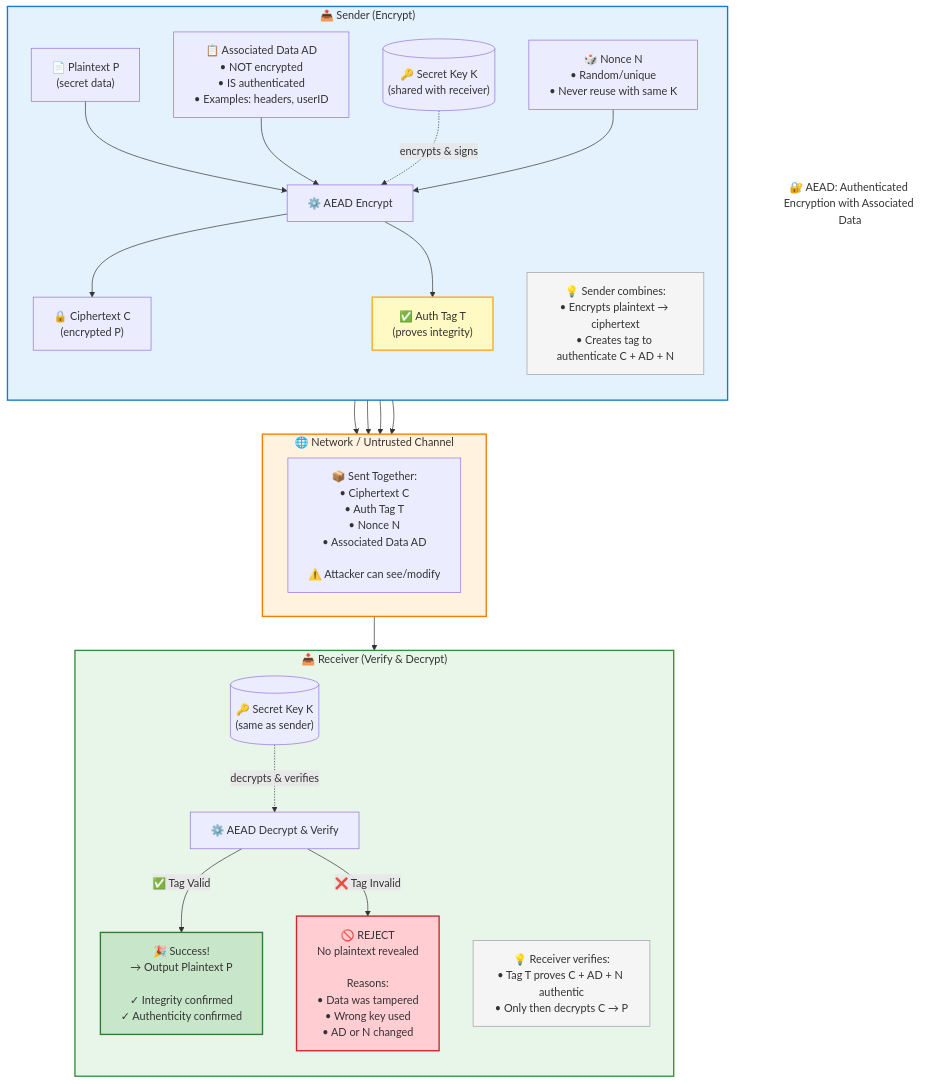
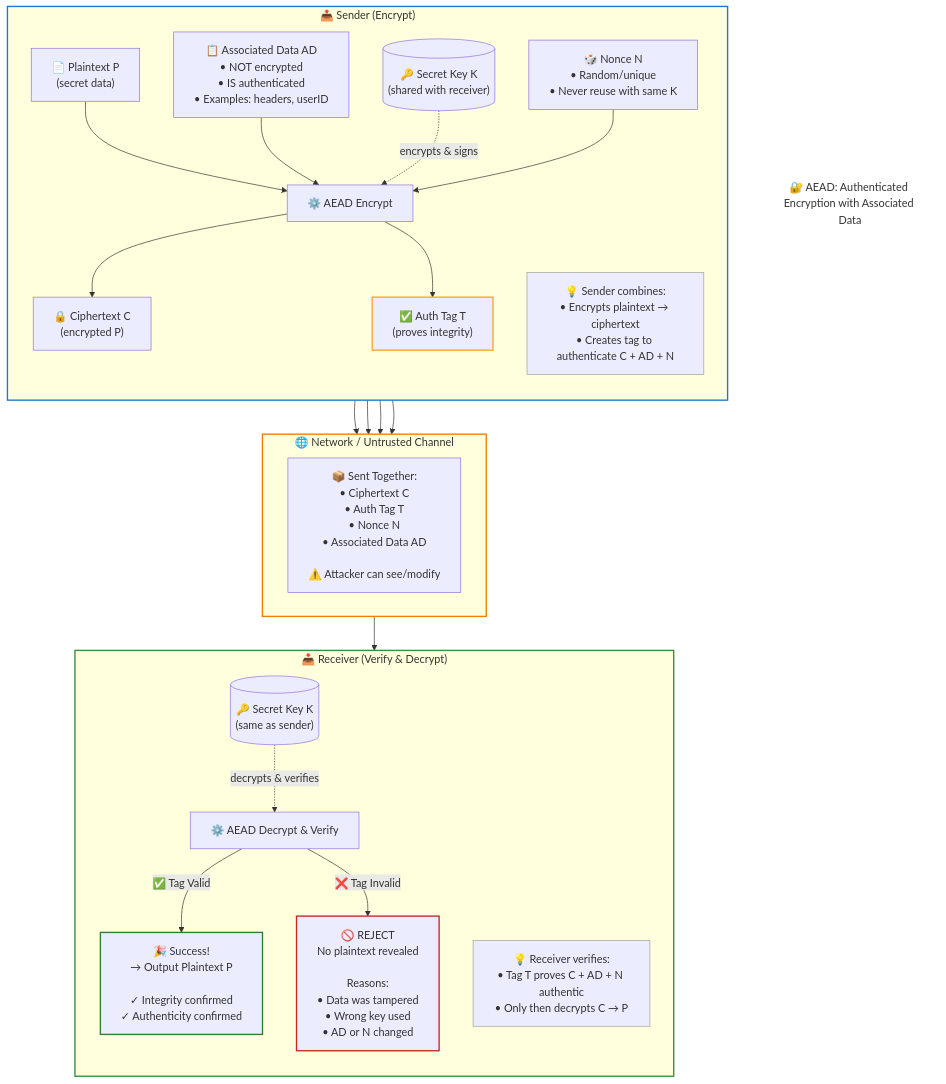
One commit to irahulsawhney/crypto-concepts changed the diagram in diagrams/03-aead.mmd. Above: the diagram before and after it, drawn with Mermaid.

Commit message:
Remove fill colors from AEAD diagram styling

```diff
--- a/diagrams/03-aead.mmd
+++ b/diagrams/03-aead.mmd
@@ -1,81 +1,81 @@
 %% AEAD (Authenticated Encryption with Associated Data) — Mermaid Cheat Sheet
 %% Save as .mmd and preview with any Mermaid renderer.
 
 %% ------------ FLOW OVERVIEW ------------
 flowchart TB
   Title["🔐 AEAD: Authenticated Encryption with Associated Data"]
   
   subgraph Sender["📤 Sender (Encrypt)"]
     direction TB
     P["📄 Plaintext P<br/>(secret data)"]
     AD["📋 Associated Data AD<br/>• NOT encrypted<br/>• IS authenticated<br/>• Examples: headers, userID"]
     K[("🔑 Secret Key K<br/>(shared with receiver)")]
     N["🎲 Nonce N<br/>• Random/unique<br/>• Never reuse with same K"]
     
     P --> E
     AD --> E
     K -.->|encrypts & signs| E
     N --> E
     
     E["⚙️ AEAD Encrypt"]
     
     E --> C["🔒 Ciphertext C<br/>(encrypted P)"]
     E --> T["✅ Auth Tag T<br/>(proves integrity)"]
     
     SNote["💡 Sender combines:<br/>• Encrypts plaintext → ciphertext<br/>• Creates tag to authenticate C + AD + N"]
   end
 
   C --> Channel
   T --> Channel
   N --> Channel
   AD --> Channel
   
   subgraph Channel["🌐 Network / Untrusted Channel"]
     Bundle["📦 Sent Together:<br/>• Ciphertext C<br/>• Auth Tag T<br/>• Nonce N<br/>• Associated Data AD<br/><br/>⚠️ Attacker can see/modify"]
   end
 
   Channel --> Receiver
   
   subgraph Receiver["📥 Receiver (Verify & Decrypt)"]
     direction TB
     KR[("🔑 Secret Key K<br/>(same as sender)")]
     
     Vr["⚙️ AEAD Decrypt & Verify"]
     
     KR -.->|decrypts & verifies| Vr
     
     Vr -->|✅ Tag Valid| Valid["🎉 Success!<br/>→ Output Plaintext P<br/><br/>✓ Integrity confirmed<br/>✓ Authenticity confirmed"]
     Vr -->|❌ Tag Invalid| Invalid["🚫 REJECT<br/>No plaintext revealed<br/><br/>Reasons:<br/>• Data was tampered<br/>• Wrong key used<br/>• AD or N changed"]
     
     RNote["💡 Receiver verifies:<br/>• Tag T proves C + AD + N authentic<br/>• Only then decrypts C → P"]
   end
 
   %% Styling
-  style Sender fill:#e3f2fd,stroke:#1976d2,stroke-width:2px
-  style Channel fill:#fff3e0,stroke:#f57c00,stroke-width:2px
-  style Receiver fill:#e8f5e9,stroke:#388e3c,stroke-width:2px
+  style Sender stroke:#1976d2,stroke-width:2px
+  style Channel stroke:#f57c00,stroke-width:2px
+  style Receiver stroke:#388e3c,stroke-width:2px
   style Title fill:none,stroke:none,font-size:16px
-  style Valid fill:#c8e6c9,stroke:#2e7d32,stroke-width:2px
-  style Invalid fill:#ffcdd2,stroke:#c62828,stroke-width:2px
-  style T fill:#fff9c4,stroke:#f9a825,stroke-width:2px
-  style SNote fill:#f5f5f5,stroke:#9e9e9e,stroke-width:1px
-  style RNote fill:#f5f5f5,stroke:#9e9e9e,stroke-width:1px
+  style Valid stroke:#2e7d32,stroke-width:2px
+  style Invalid stroke:#c62828,stroke-width:2px
+  style T stroke:#f9a825,stroke-width:2px
+  style SNote stroke:#9e9e9e,stroke-width:1px
+  style RNote stroke:#9e9e9e,stroke-width:1px
 
   %% Notes
   %% - Confidentiality: P is hidden inside C.
   %% - Integrity & Authenticity: T binds (C, AD, N) to K; tampering causes verify failure.
   %% - AD is authenticated but not encrypted (visible headers/metadata).
   %% - N must NEVER repeat with the same K. Reuse can break security catastrophically.
 
   %% AT-A-GLANCE
   %% • AEAD = Authenticated Encryption with Associated Data
   %% • Protects two things at once:
   %%     1) Confidentiality (encrypts P into C)
   %%     2) Integrity/Authenticity (T proves C+AD+N come from someone with K)
   %% • Associated Data (AD):
   %%     - Not encrypted (visible), but authenticated (tamper-evident)
   %%     - Examples: headers, user/account IDs, API version, timestamps
   %% • Nonce/IV (N):
   %%     - Unique per (K) to prevent reuse attacks
   %% • Typical algorithms:
   %%     - AES-GCM, ChaCha20-Poly1305
```
